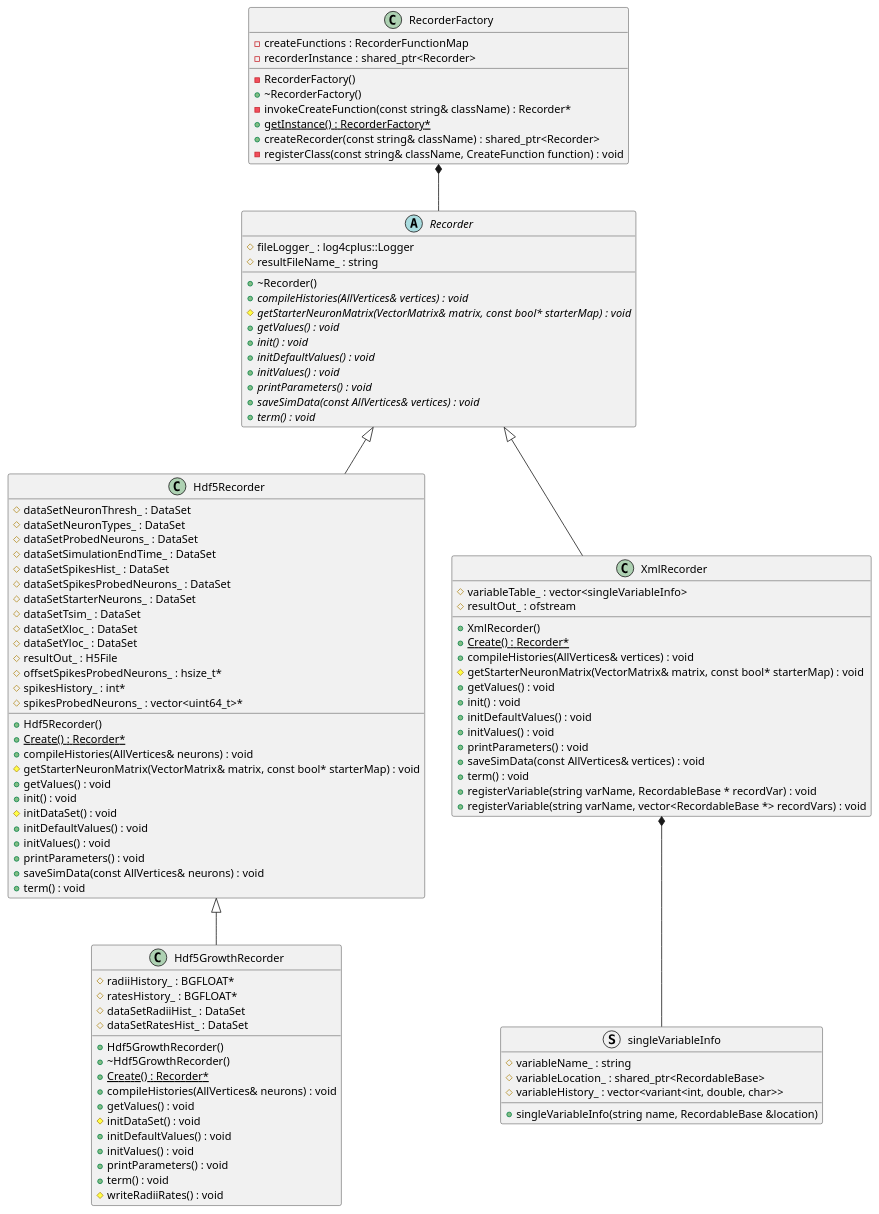
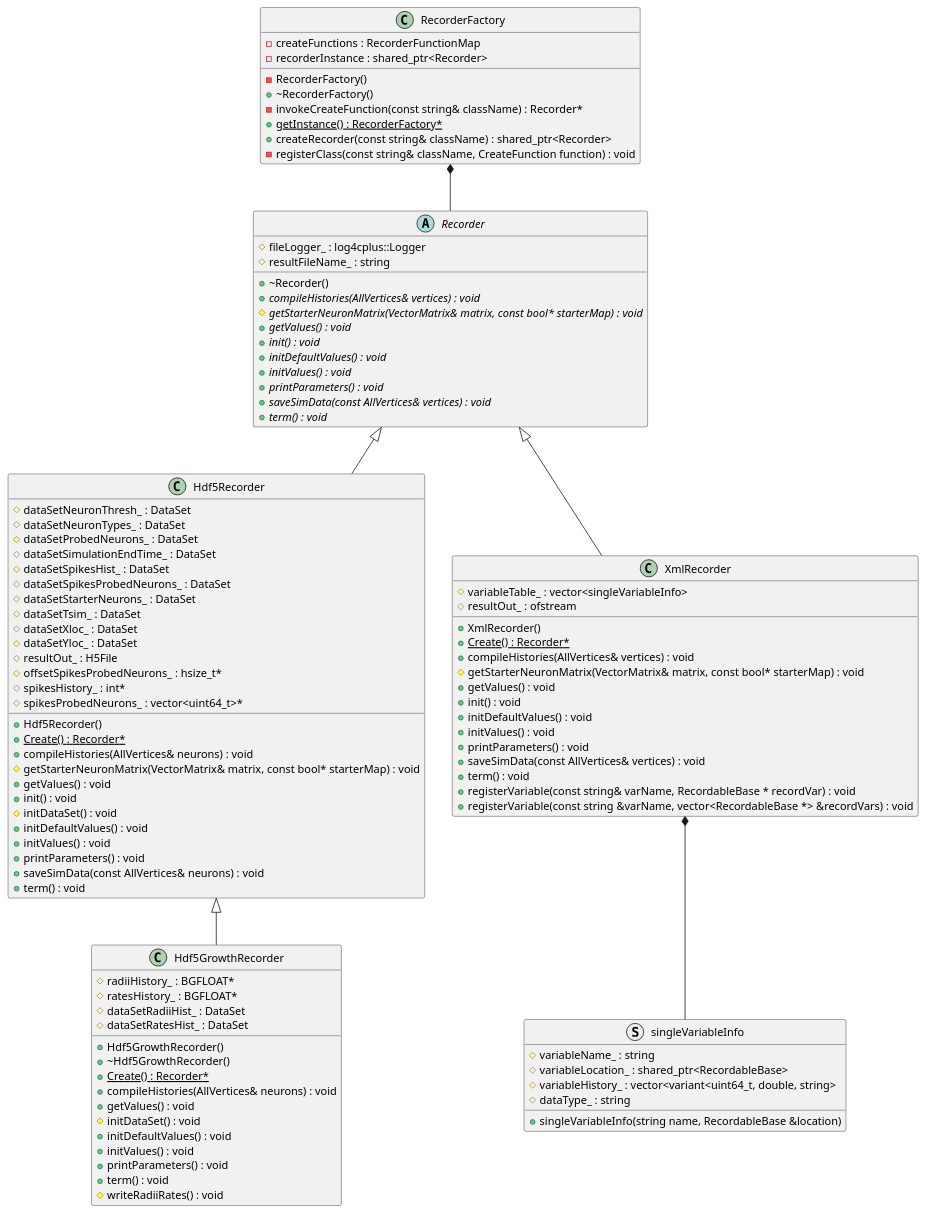
One commit to UWB-Biocomputing/Graphitti changed the diagram in docs/Developer/ClassDiagrams/recorder.puml. Above: the diagram before and after it, drawn with PlantUML. The commit also changed 13 other files, not shown here.

```diff
--- a/docs/Developer/ClassDiagrams/recorder.puml
+++ b/docs/Developer/ClassDiagrams/recorder.puml
@@ -1,146 +1,147 @@
 @startuml RecorderClassDiagram
 
 
 
 
 
 /' Objects '/
 
 class Hdf5GrowthRecorder {
 	+Hdf5GrowthRecorder()
 	+~Hdf5GrowthRecorder()
 	#radiiHistory_ : BGFLOAT*
 	#ratesHistory_ : BGFLOAT*
 	#dataSetRadiiHist_ : DataSet
 	#dataSetRatesHist_ : DataSet
 	+{static} Create() : Recorder*
 	+compileHistories(AllVertices& neurons) : void
 	+getValues() : void
 	#initDataSet() : void
 	+initDefaultValues() : void
 	+initValues() : void
 	+printParameters() : void
 	+term() : void
 	#writeRadiiRates() : void
 }
 
 
 class Hdf5Recorder {
 	+Hdf5Recorder()
 	#dataSetNeuronThresh_ : DataSet
 	#dataSetNeuronTypes_ : DataSet
 	#dataSetProbedNeurons_ : DataSet
 	#dataSetSimulationEndTime_ : DataSet
 	#dataSetSpikesHist_ : DataSet
 	#dataSetSpikesProbedNeurons_ : DataSet
 	#dataSetStarterNeurons_ : DataSet
 	#dataSetTsim_ : DataSet
 	#dataSetXloc_ : DataSet
 	#dataSetYloc_ : DataSet
 	#resultOut_ : H5File
 	+{static} Create() : Recorder*
 	#offsetSpikesProbedNeurons_ : hsize_t*
 	#spikesHistory_ : int*
 	#spikesProbedNeurons_ : vector<uint64_t>*
 	+compileHistories(AllVertices& neurons) : void
 	#getStarterNeuronMatrix(VectorMatrix& matrix, const bool* starterMap) : void
 	+getValues() : void
 	+init() : void
 	#initDataSet() : void
 	+initDefaultValues() : void
 	+initValues() : void
 	+printParameters() : void
 	+saveSimData(const AllVertices& neurons) : void
 	+term() : void
 }
 
 
 abstract class Recorder {
 	+~Recorder()
 	#fileLogger_ : log4cplus::Logger
 	#resultFileName_ : string
 	+{abstract} compileHistories(AllVertices& vertices) : void
 	#{abstract} getStarterNeuronMatrix(VectorMatrix& matrix, const bool* starterMap) : void
 	+{abstract} getValues() : void
 	+{abstract} init() : void
 	+{abstract} initDefaultValues() : void
 	+{abstract} initValues() : void
 	+{abstract} printParameters() : void
 	+{abstract} saveSimData(const AllVertices& vertices) : void
 	+{abstract} term() : void
 }
 
 
 class RecorderFactory {
 	-RecorderFactory()
 	+~RecorderFactory()
 	-invokeCreateFunction(const string& className) : Recorder*
 	+{static} getInstance() : RecorderFactory*
 	-createFunctions : RecorderFunctionMap
 	+createRecorder(const string& className) : shared_ptr<Recorder>
 	-recorderInstance : shared_ptr<Recorder>
 	-registerClass(const string& className, CreateFunction function) : void
 }
 
 
 class XmlRecorder {
 	+XmlRecorder()
 	+{static} Create() : Recorder*
 	#variableTable_ : vector<singleVariableInfo>
 	#resultOut_ : ofstream
 	+compileHistories(AllVertices& vertices) : void
 	#getStarterNeuronMatrix(VectorMatrix& matrix, const bool* starterMap) : void
 	+getValues() : void
 	+init() : void
 	+initDefaultValues() : void
 	+initValues() : void
 	+printParameters() : void
 	+saveSimData(const AllVertices& vertices) : void
 	+term() : void
-	+registerVariable(string varName, RecordableBase * recordVar) : void
-	+registerVariable(string varName, vector<RecordableBase *> recordVars) : void
+	+registerVariable(const string& varName, RecordableBase * recordVar) : void
+	+registerVariable(const string &varName, vector<RecordableBase *> &recordVars) : void
 	
 	/' methods only used for unit test 
 	+XmlRecorder(string fileName_)
 	+getVariableName(int numIndex) const : string
-	+getSingleVariable(int numIndex) const : &EventBuffer
-	+getHistory() const : const &vector<vector<uint64_t>>
+	+getSingleVariable(int numIndex) const : &RecordableBase
+	+getHistory() const : const &vector<variant<uint64_t, double, string>>
 	'/
 }
 
 struct singleVariableInfo {
 	#variableName_ : string
 	#variableLocation_ : shared_ptr<RecordableBase>
-	#variableHistory_ : vector<variant<int, double, char>>
+	#variableHistory_ : vector<variant<uint64_t, double, string>
+	#dataType_ : string
 	+singleVariableInfo(string name, RecordableBase &location)
 }
 
 
 
 /' Inheritance relationships '/
 
 .Hdf5Recorder <|-- .Hdf5GrowthRecorder
 
 
 .Recorder <|-- .Hdf5Recorder
 
 
 .Recorder <|-- .XmlRecorder
 
 
 /' Aggregation relationships '/
 
 .RecorderFactory *-- .Recorder
 
 /' Composition relationships '/
 
 .XmlRecorder *-- .singleVariableInfo
 
 
 
 
 /' Nested objects '/
 
 
 
 @enduml
```
